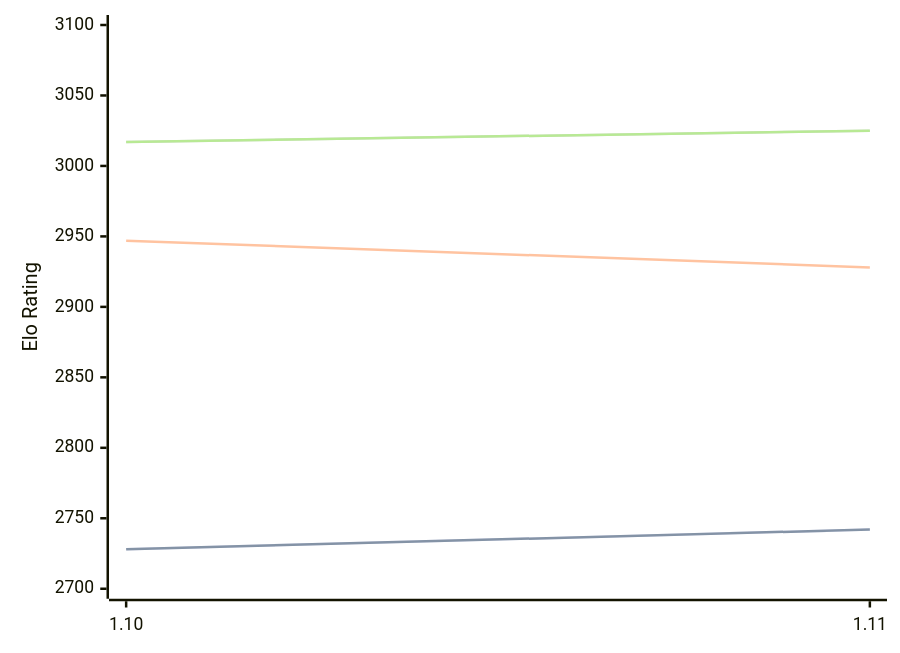
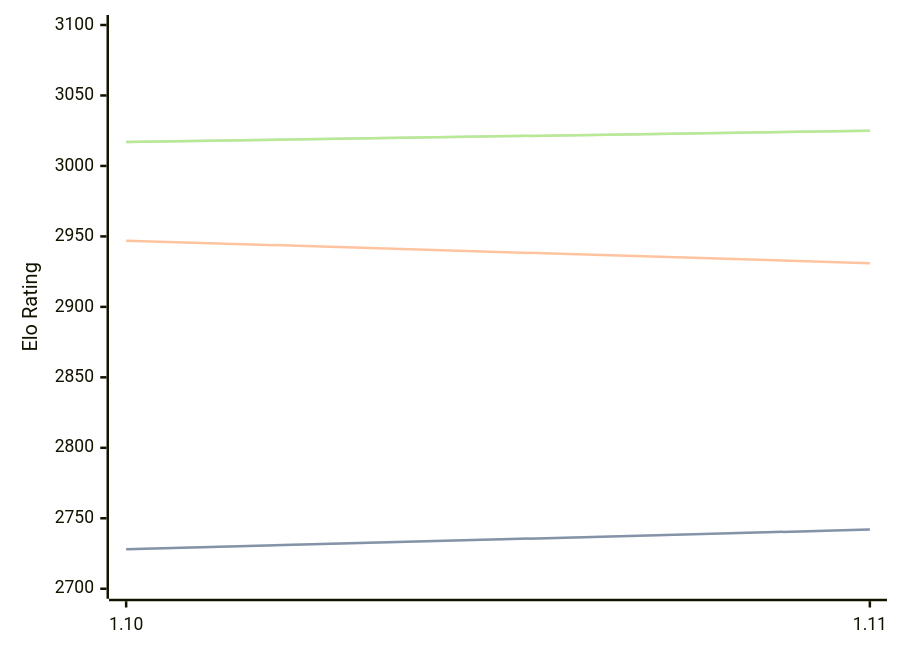
One commit to computer-chess-index/cci changed the third of 3 diagrams in engines/Roc.md. Above: the diagram before and after it, drawn with Mermaid. The commit also changed other lines of this file, not shown here.

````diff
--- a/engines/Roc.md
+++ b/engines/Roc.md
@@ -98,11 +98,11 @@
 ```mermaid
 %%{init: {"theme":"base","themeVariables":{"seriesColors:['#a3a3a3','#222221','#faa371']}}}%%
 xychart-beta
   x-axis ["1.10", "1.11"]
   y-axis "Elo Rating" 2700 --> 3100
   line "STC (8.0+0.08s)" [2728, 2742]
   line "STC (8.0+0.08s)" [2728, 2742]
-  line "LTC (60.0+0.60s)" [2947, 2928]
+  line "LTC (60.0+0.60s)" [2947, 2931]
   line "VLTC (2m24s+1.12s)" [3017, 3025]
   line "VLTC (2m24s+1.12s)" [3017, 3025]
 ```
````
